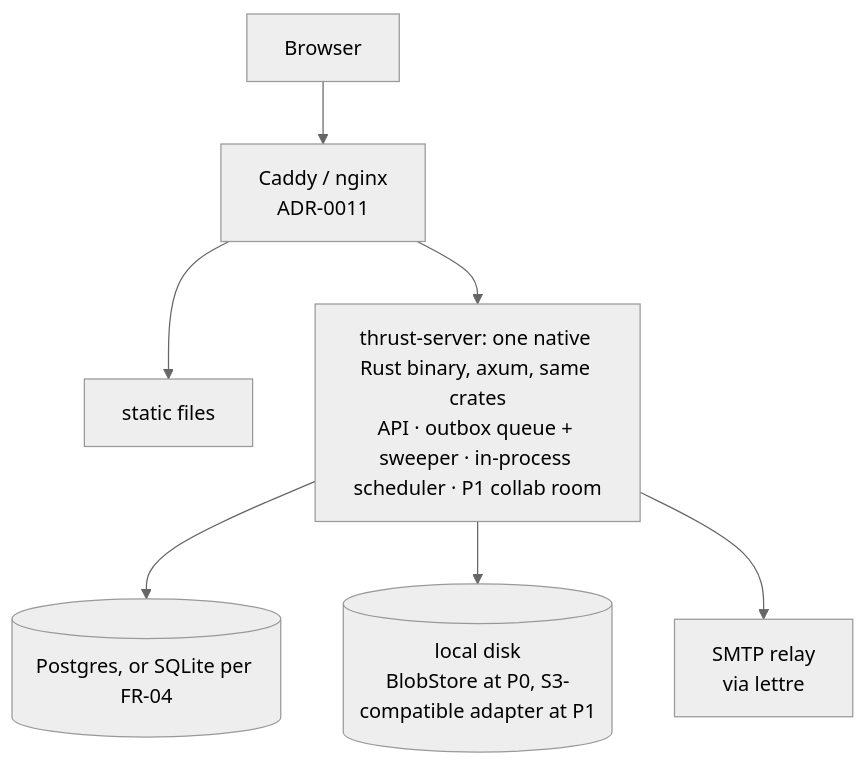
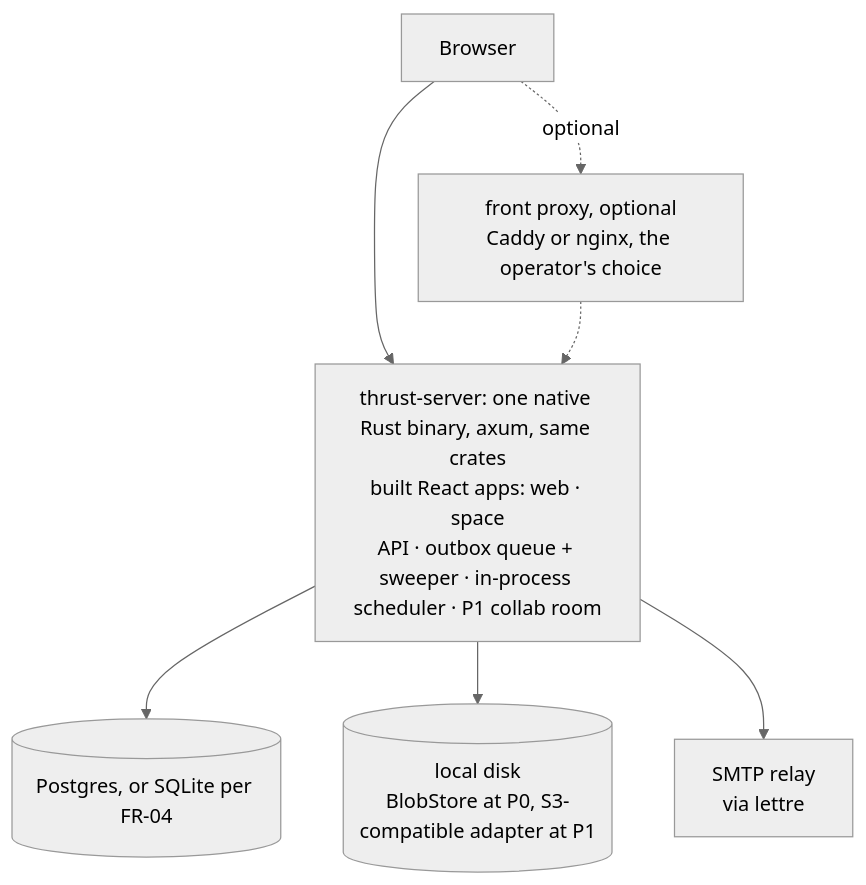
Before and after one commit to aRustyDev/thrust: the third of 6 diagrams in .agents/plans/contrail/ARCHITECTURE.md, drawn with Mermaid (neutral theme). The commit also changed other lines of this file and 27 other files, not shown here.

````diff
--- a/.agents/plans/contrail/ARCHITECTURE.md
+++ b/.agents/plans/contrail/ARCHITECTURE.md
@@ -81,9 +86,9 @@
 ```mermaid
 flowchart TB
-  B[Browser] --> RP[Caddy / nginx<br/>ADR-0011]
-  RP --> STAT[static files]
-  RP --> API["thrust-server: one native Rust binary, axum, same crates<br/>API · outbox queue + sweeper · in-process scheduler · P1 collab room"]
+  B[Browser] --> API["thrust-server: one native Rust binary, axum, same crates<br/>built React apps: web · space<br/>API · outbox queue + sweeper · in-process scheduler · P1 collab room"]
+  B -.->|optional| RP["front proxy, optional<br/>Caddy or nginx, the operator's choice"]
+  RP -.-> API
   API --> DB[("Postgres, or SQLite per FR-04")]
   API --> DISK[("local disk<br/>BlobStore at P0, S3-compatible adapter at P1")]
   API --> SMTP["SMTP relay<br/>via lettre"]
 ```
````
